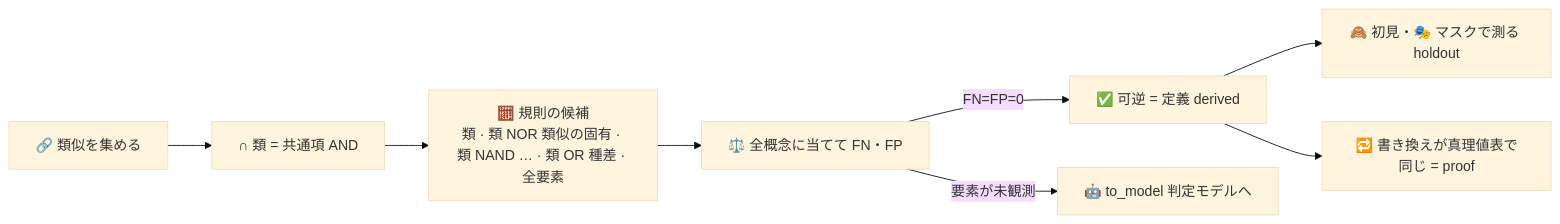
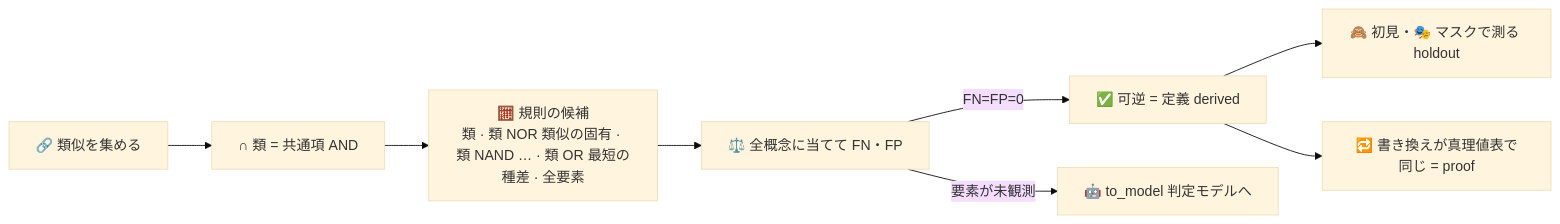
The fourth of 4 diagrams in README.md (myon-bioinformatics/OnTautoLogy), drawn with Mermaid (base theme) before and after one commit. The commit also changed other lines of this file and 4 other files, not shown here.

````diff
--- a/README.md
+++ b/README.md
@@ -268,10 +268,10 @@
 ```mermaid
 flowchart LR
   S[🔗 類似を集める] --> G[∩ 類 = 共通項 AND]
-  G --> R[🧮 規則の候補<br/>類 · 類 NOR 類似の固有 · 類 NAND … · 類 OR 種差 · 全要素]
+  G --> R[🧮 規則の候補<br/>類 · 類 NOR 類似の固有 · 類 NAND … · 類 OR 最短の種差 · 全要素]
   R --> J[⚖️ 全概念に当てて FN・FP]
   J -->|FN=FP=0| D[✅ 可逆 = 定義 derived]
   J -->|要素が未観測| M[🤖 to_model 判定モデルへ]
   D --> H[🙈 初見・🎭 マスクで測る holdout]
   D --> E[🔁 書き換えが真理値表で同じ = proof]
 ```
````
